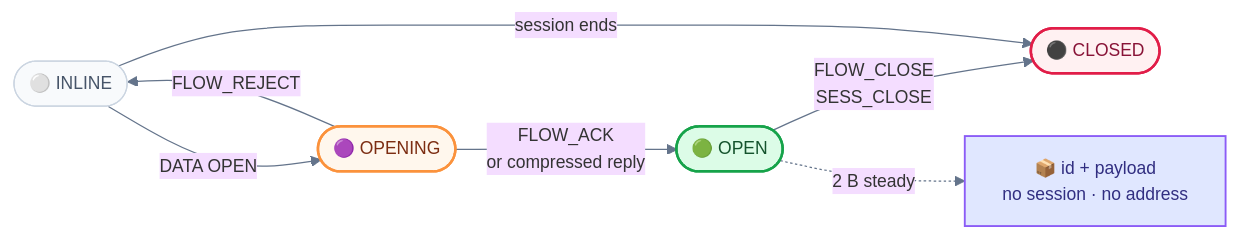
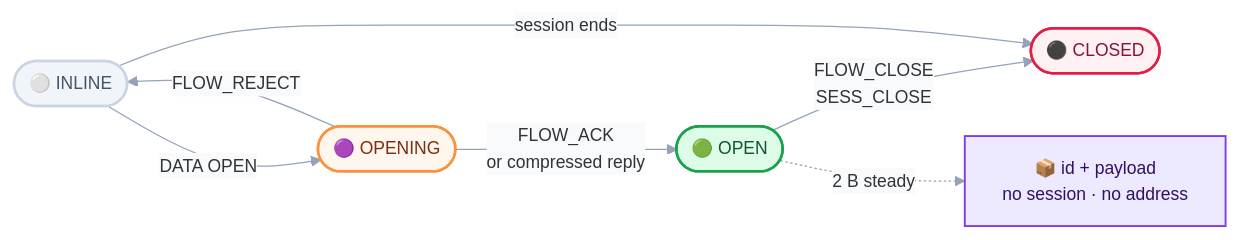
Before and after one commit to Terutoki/MyQUIC2: diagram 19 of 31 in README.md, drawn with Mermaid. The commit also changed other lines of this file and 14 other files, not shown here.

First line of the commit message:
docs(readme): remove static art and redraw Mermaid atlas

````diff
--- a/README.md
+++ b/README.md
@@ -1613,24 +1631,22 @@
 ```mermaid
-%%{init: {"theme":"base","themeVariables":{"fontSize":"14px","lineColor":"#64748b"}}}%%
+%%{init: {"theme":"base","themeVariables":{"fontSize":"14px","lineColor":"#94a3b8","textColor":"#0f172a","edgeLabelBackground":"#f8fafc"}}}%%
 flowchart LR
-INLINE(["⚪ INLINE"]) -->|"DATA OPEN"| OPENING(["🟣 OPENING"])
+    accTitle: Flow lifecycle
+    accDescr: A first frame creates an inline flow, acknowledgement or a compressed reply promotes it to open, and a close frame purges the binding.
+    INLINE(["⚪ INLINE"]) -->|"DATA OPEN"| OPENING(["🟣 OPENING"])
     OPENING -->|"FLOW_ACK<br/>or compressed reply"| OPEN(["🟢 OPEN"])
     OPENING -->|"FLOW_REJECT"| INLINE
     OPEN -->|"FLOW_CLOSE<br/>SESS_CLOSE"| CLOSED(["⚫ CLOSED"])
     INLINE -->|"session ends"| CLOSED
     OPEN -.->|"2 B steady"| HOT["📦 id + payload<br/>no session · no address"]
-    class INLINE muteC
-    class OPENING warmC
-    class OPEN clientC
-    class CLOSED dangerC
-    class HOT noteC
-
-    classDef clientC fill:#dcfce7,stroke:#16a34a,stroke-width:2px,color:#14532d
-    classDef coreC fill:#eef2ff,stroke:#4f46e5,stroke-width:2px,color:#1e1b4b
-    classDef wireC fill:#ecfeff,stroke:#0891b2,stroke-width:2px,color:#164e63
-    classDef warmC fill:#fff7ed,stroke:#fb923c,stroke-width:2px,color:#7c2d12
-    classDef dangerC fill:#fff1f2,stroke:#e11d48,stroke-width:2px,color:#881337
-    classDef muteC fill:#f8fafc,stroke:#cbd5e1,color:#475569
-    classDef noteC fill:#e0e7ff,stroke:#8b5cf6,stroke-width:1.5px,color:#312e81
-    classDef decisionC fill:#fef9c3,stroke:#eab308,stroke-width:2px,color:#713f12
+    classDef mute fill:#f1f5f9,stroke:#cbd5e1,stroke-width:2px,color:#475569
+    classDef exit fill:#fff7ed,stroke:#fb923c,stroke-width:2px,color:#7c2d12
+    classDef edge fill:#dcfce7,stroke:#16a34a,stroke-width:2px,color:#14532d
+    classDef warn fill:#fff1f2,stroke:#e11d48,stroke-width:2px,color:#881337
+    classDef note fill:#ede9fe,stroke:#7c3aed,stroke-width:1.5px,color:#2e1065
+    class INLINE mute
+    class OPENING exit
+    class OPEN edge
+    class CLOSED warn
+    class HOT note
 ```
````
